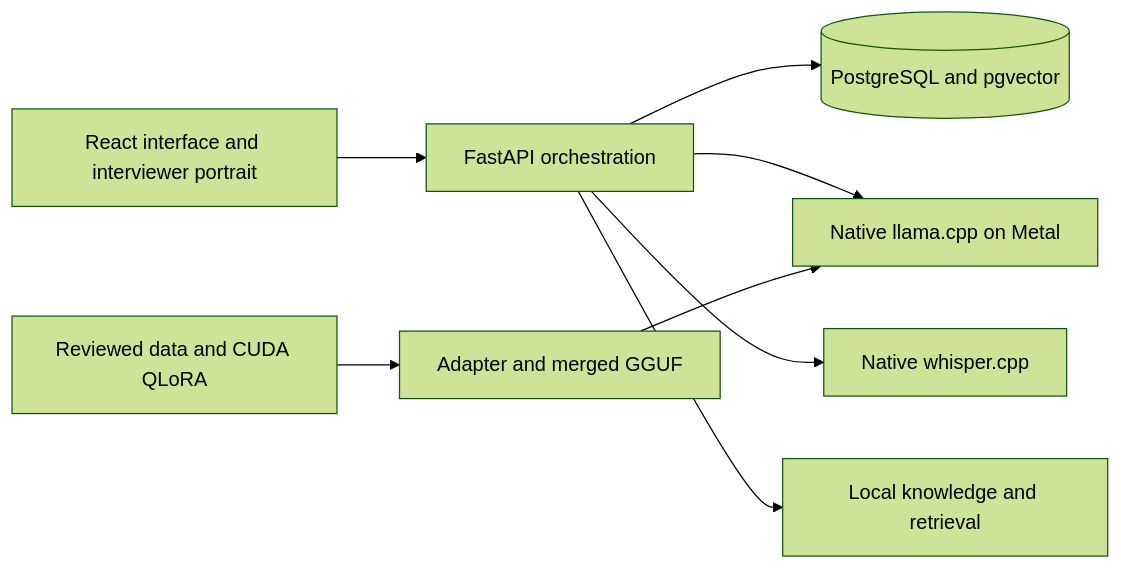
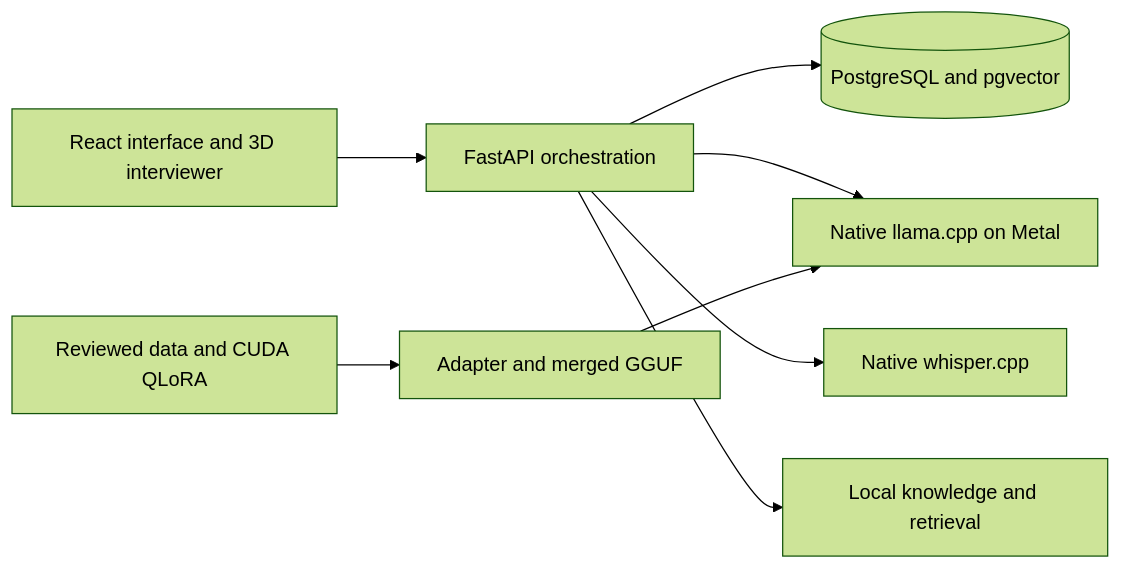
Before and after one commit to DanYYY0912/COMP4431_GroupProject_InterviewCoach: the diagram in README.md, drawn with Mermaid (forest theme). The commit also changed other lines of this file and 10 other files, not shown here.

````diff
--- a/README.md
+++ b/README.md
@@ -109,10 +110,10 @@
 ```mermaid
 flowchart LR
-    UI[React interface and interviewer portrait] --> API[FastAPI orchestration]
+    UI[React interface and 3D interviewer] --> API[FastAPI orchestration]
     API --> DB[(PostgreSQL and pgvector)]
     API --> LLM[Native llama.cpp on Metal]
     API --> STT[Native whisper.cpp]
     API --> RAG[Local knowledge and retrieval]
     Training[Reviewed data and CUDA QLoRA] --> Adapter[Adapter and merged GGUF]
     Adapter --> LLM
 ```
````
